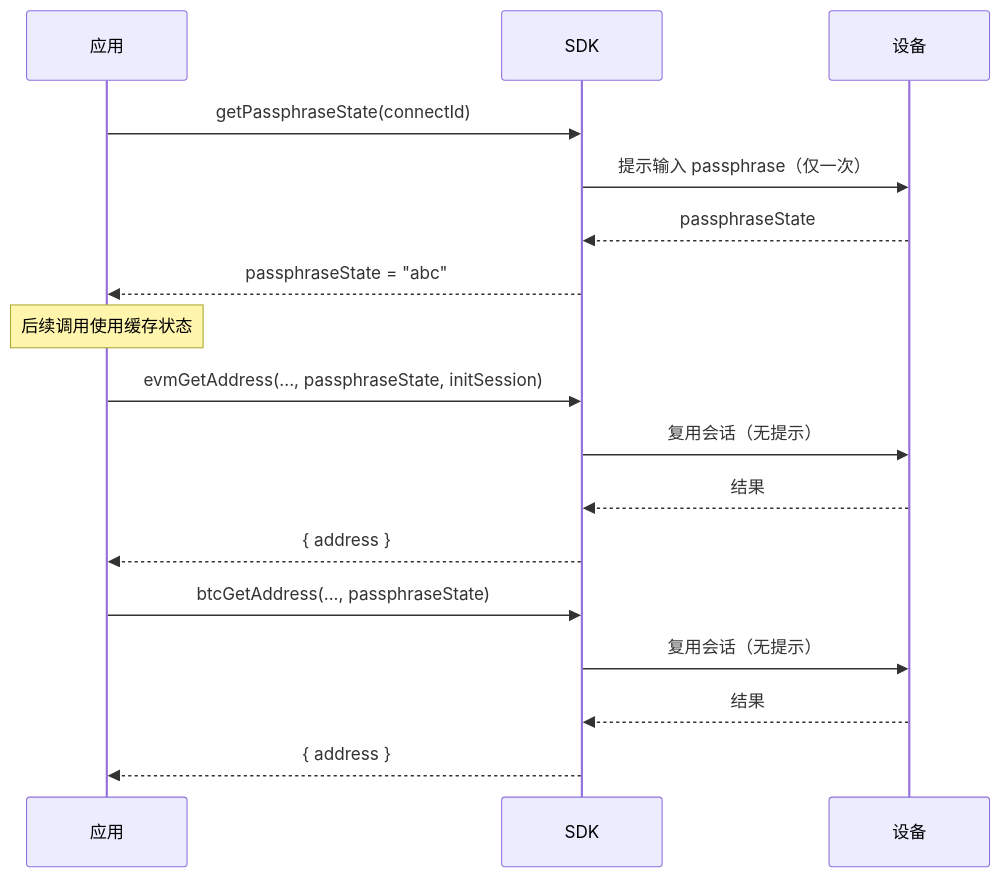
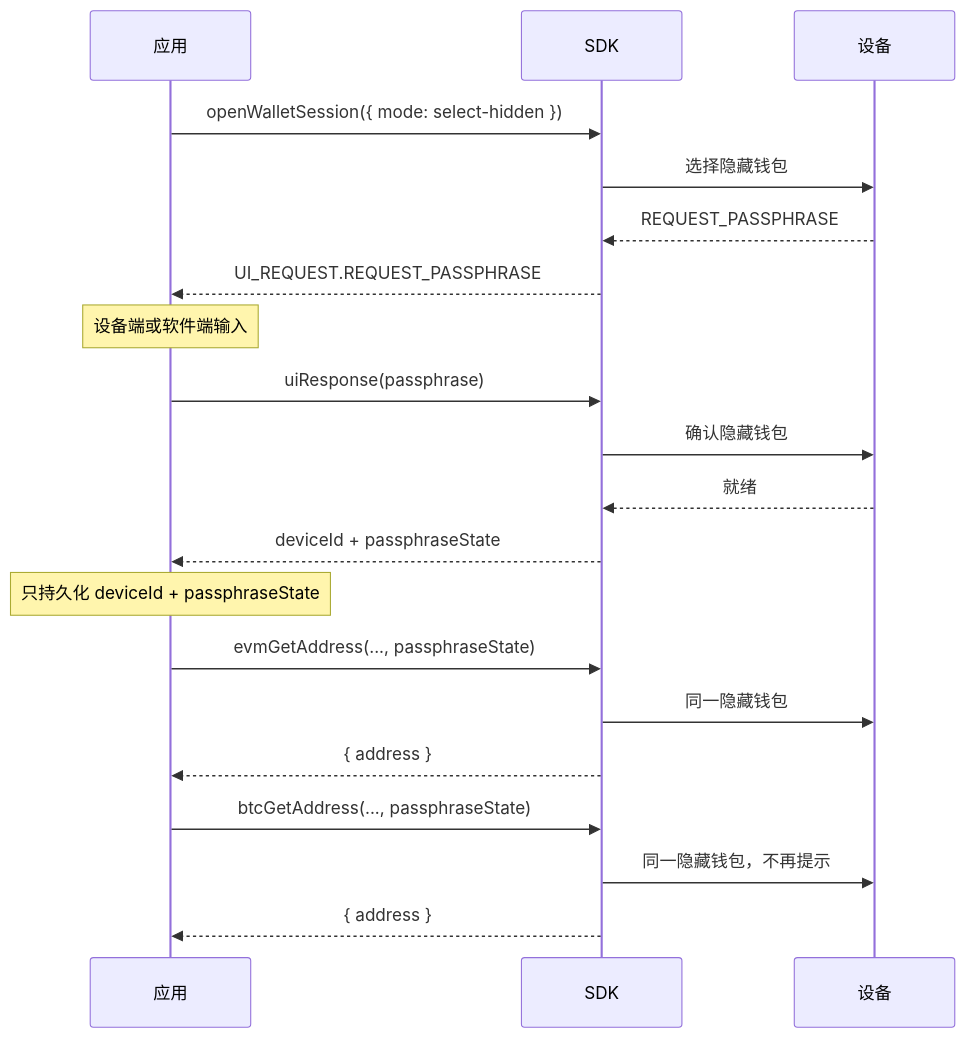
One commit to OneKeyHQ/hardware-js-sdk changed the second of 2 diagrams in packages/connect-examples/developer-portal/content/zh/hardware-sdk/concepts/passphrase.mdx. Above: the diagram before and after it, drawn with Mermaid. The commit also changed other lines of this file and 3 other files, not shown here.

Commit message:
docs: redraw passphrase and wallet-session flows on 1.2 APIs

````diff
--- a/packages/connect-examples/developer-portal/content/zh/hardware-sdk/concepts/passphrase.mdx
+++ b/packages/connect-examples/developer-portal/content/zh/hardware-sdk/concepts/passphrase.mdx
@@ -94,23 +69,23 @@
 ```mermaid
 sequenceDiagram
     participant App as 应用
     participant SDK
     participant Device as 设备
 
-    App->>SDK: getPassphraseState(connectId)
-    SDK->>Device: 提示输入 passphrase（仅一次）
-    Device-->>SDK: passphraseState
-    SDK-->>App: passphraseState = "abc"
-
-    Note over App: 后续调用使用缓存状态
-
-    App->>SDK: evmGetAddress(..., passphraseState, initSession)
-    SDK->>Device: 复用会话（无提示）
-    Device-->>SDK: 结果
+    App->>SDK: openWalletSession({ mode: select-hidden })
+    SDK->>Device: 选择隐藏钱包
+    Device-->>SDK: REQUEST_PASSPHRASE
+    SDK-->>App: UI_REQUEST.REQUEST_PASSPHRASE
+    Note over App: 设备端或软件端输入
+    App->>SDK: uiResponse(passphrase)
+    SDK->>Device: 确认隐藏钱包
+    Device-->>SDK: 就绪
+    SDK-->>App: deviceId + passphraseState
+    Note over App: 只持久化 deviceId + passphraseState
+    App->>SDK: evmGetAddress(..., passphraseState)
+    SDK->>Device: 同一隐藏钱包
     SDK-->>App: { address }
-
     App->>SDK: btcGetAddress(..., passphraseState)
-    SDK->>Device: 复用会话（无提示）
-    Device-->>SDK: 结果
+    SDK->>Device: 同一隐藏钱包，不再提示
     SDK-->>App: { address }
 ```
````
